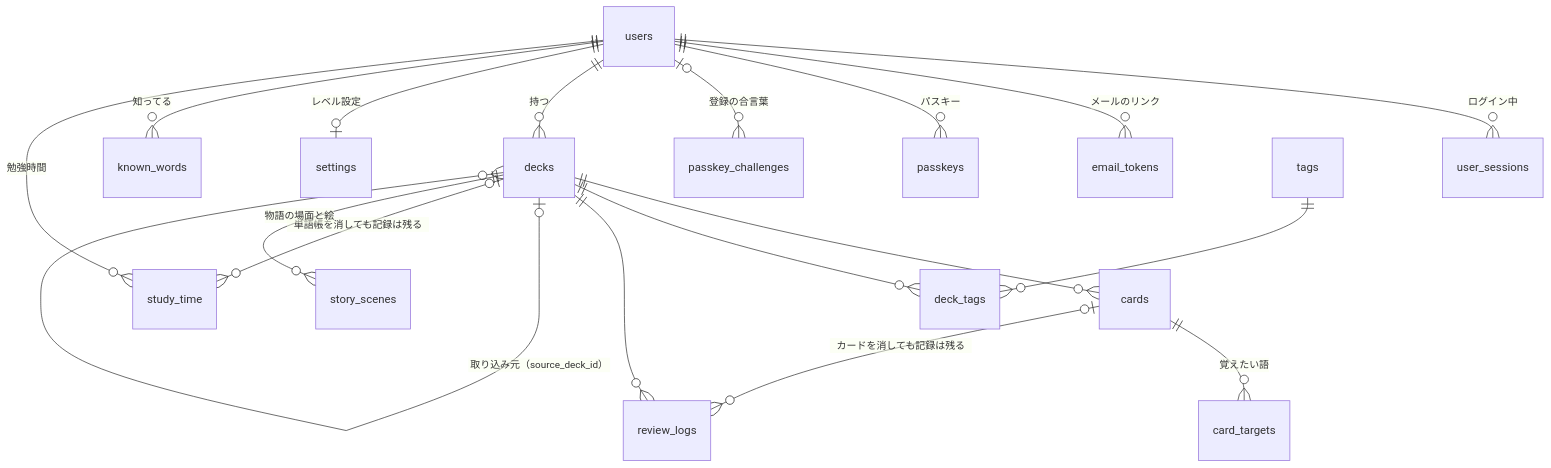
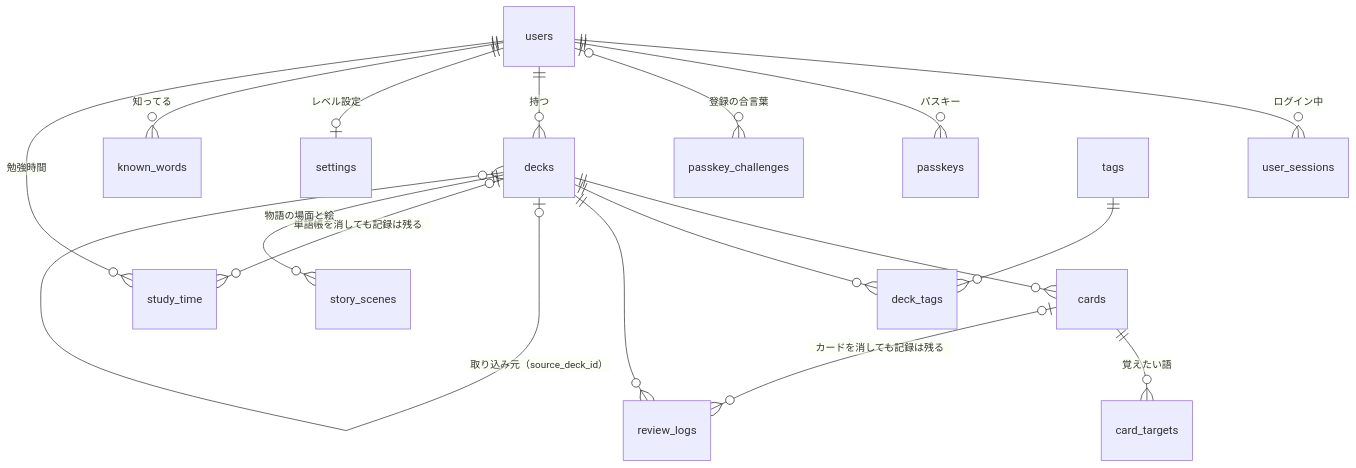
Before and after one commit to keizoku/flashcard-app: the diagram in docs/data-model.md, drawn with Mermaid. The commit also changed other lines of this file and 78 other files, not shown here.

````diff
--- a/docs/data-model.md
+++ b/docs/data-model.md
@@ -8,20 +8,19 @@
 ```mermaid
 erDiagram
   users ||--o{ user_sessions : "ログイン中"
-  users ||--o{ email_tokens : "メールのリンク"
   users ||--o{ passkeys : "パスキー"
   users |o--o{ passkey_challenges : "登録の合言葉"
   users ||--o{ decks : "持つ"
   users ||--o| settings : "レベル設定"
   users ||--o{ known_words : "知ってる"
   decks ||--o{ cards : ""
   decks ||--o{ deck_tags : ""
   tags  ||--o{ deck_tags : ""
   cards ||--o{ card_targets : "覚えたい語"
   decks ||--o{ review_logs : ""
   cards |o--o{ review_logs : "カードを消しても記録は残る"
   decks |o--o{ decks : "取り込み元（source_deck_id）"
   users ||--o{ study_time : "勉強時間"
   decks |o--o{ study_time : "単語帳を消しても記録は残る"
   decks ||--o{ story_scenes : "物語の場面と絵"
 ```
````
